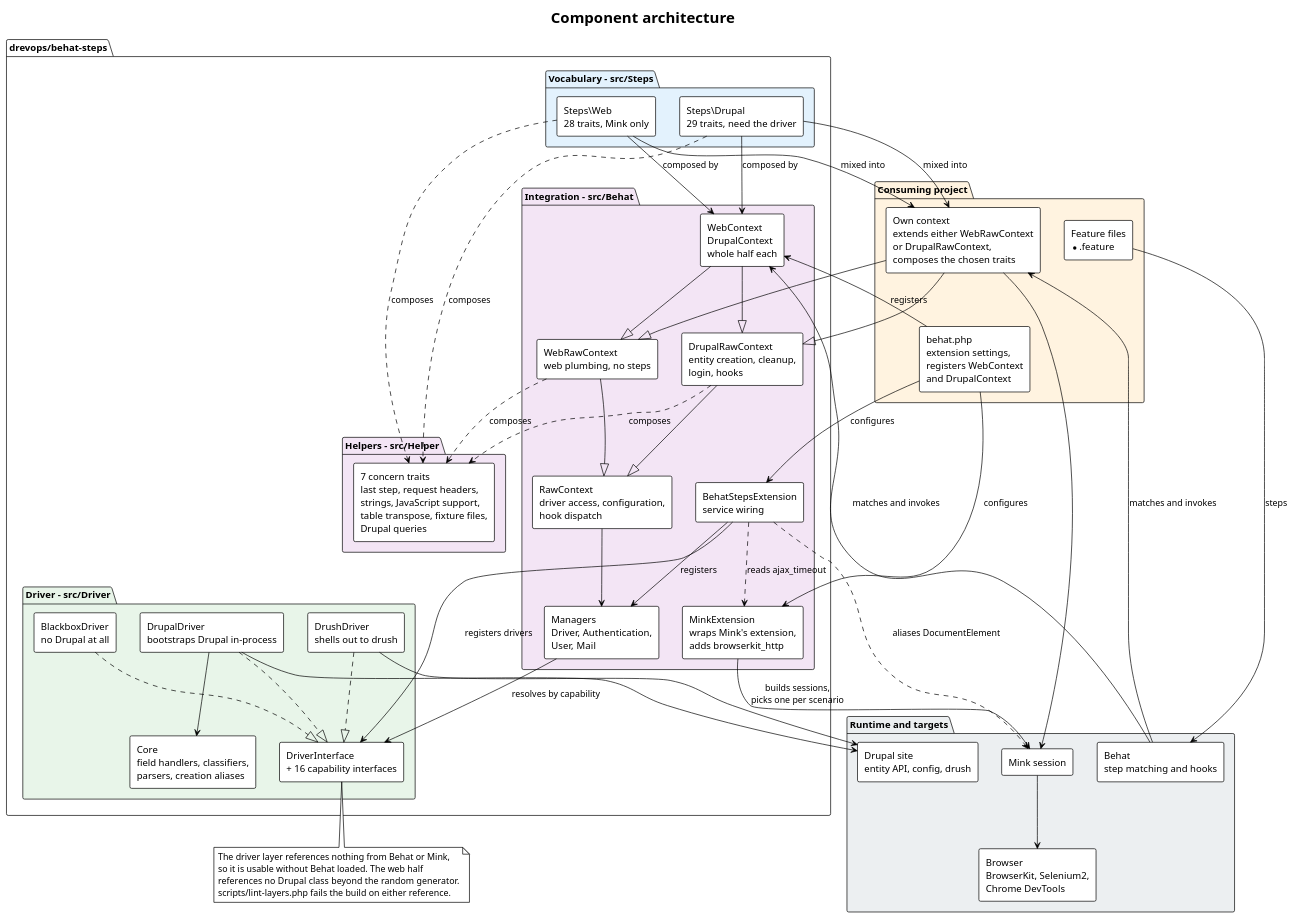
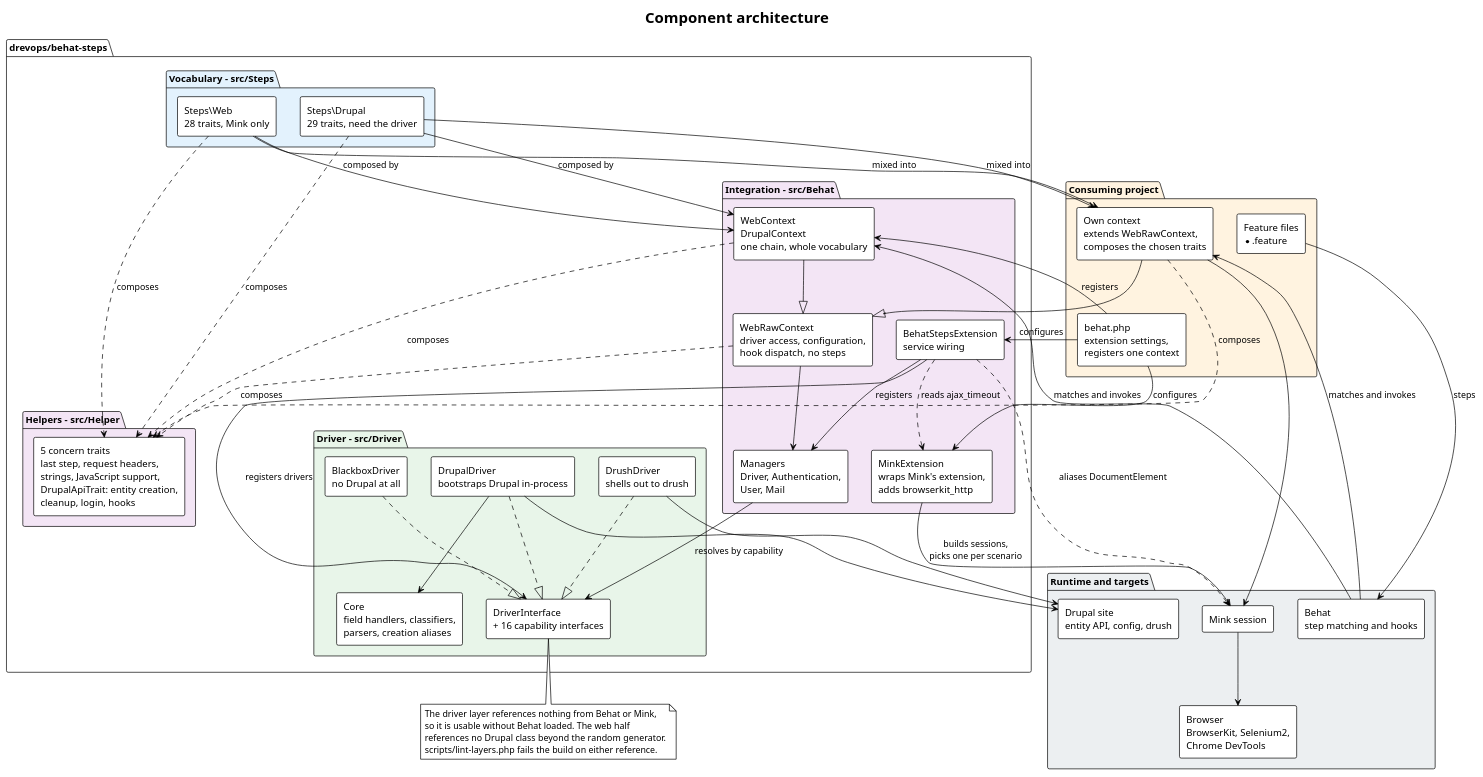
The diagram in docs/architecture/architecture.puml (drevops/behat-steps), drawn with PlantUML before and after one commit. The commit also changed 155 other files, not shown here.

First line of the commit message:
[#836] Replaced the split context siblings with one three-tier chain.

```diff
--- a/docs/architecture/architecture.puml
+++ b/docs/architecture/architecture.puml
@@ -1,108 +1,102 @@
 @startuml
 ' drevops/behat-steps - layered component architecture.
 ' Traced from composer.json, src/Steps/, src/Helper/, src/Behat/, src/Driver/,
 ' behat.php, scripts/lint-layers.php.
 ' Regenerate every SVG with:  plantuml -tsvg docs/architecture/*.puml
 !theme plain
 skinparam backgroundColor white
 skinparam defaultFontName Helvetica
 skinparam shadowing false
 skinparam componentStyle rectangle
 title Component architecture
 
 package "Consuming project" #FFF3E0 {
   component "Feature files\n*.feature" as Features
-  component "behat.php\nextension settings,\nregisters WebContext\nand DrupalContext" as Config
-  component "Own context\nextends either WebRawContext\nor DrupalRawContext,\ncomposes the chosen traits" as Consumer
+  component "behat.php\nextension settings,\nregisters one context" as Config
+  component "Own context\nextends WebRawContext,\ncomposes the chosen traits" as Consumer
 }
 
 package "drevops/behat-steps" {
 
   package "Vocabulary - src/Steps" #E3F2FD {
     component "Steps\\Web\n28 traits, Mink only" as WebSteps
     component "Steps\\Drupal\n29 traits, need the driver" as DrupalSteps
   }
 
   package "Helpers - src/Helper" #F3E5F5 {
-    component "7 concern traits\nlast step, request headers,\nstrings, JavaScript support,\ntable transpose, fixture files,\nDrupal queries" as Helpers
+    component "5 concern traits\nlast step, request headers,\nstrings, JavaScript support,\nDrupalApiTrait: entity creation,\ncleanup, login, hooks" as Helpers
   }
 
   package "Integration - src/Behat" #F3E5F5 {
     component "BehatStepsExtension\nservice wiring" as Ext
-    component "RawContext\ndriver access, configuration,\nhook dispatch" as RawCtx
-    component "WebRawContext\nweb plumbing, no steps" as WebRawCtx
-    component "DrupalRawContext\nentity creation, cleanup,\nlogin, hooks" as DrupalRawCtx
-    component "WebContext\nDrupalContext\nwhole half each" as Vocabularies
+    component "WebRawContext\ndriver access, configuration,\nhook dispatch, no steps" as WebRawCtx
+    component "WebContext\nDrupalContext\none chain, whole vocabulary" as Vocabularies
     component "Managers\nDriver, Authentication,\nUser, Mail" as Managers
     component "MinkExtension\nwraps Mink's extension,\nadds browserkit_http" as MinkExt
   }
 
   package "Driver - src/Driver" #E8F5E9 {
     component "DriverInterface\n+ 16 capability interfaces" as DriverIface
     component "DrupalDriver\nbootstraps Drupal in-process" as DrupalDrv
     component "DrushDriver\nshells out to drush" as DrushDrv
     component "BlackboxDriver\nno Drupal at all" as BlackboxDrv
     component "Core\nfield handlers, classifiers,\nparsers, creation aliases" as Core
   }
 }
 
 package "Runtime and targets" #ECEFF1 {
   component "Behat\nstep matching and hooks" as Behat
   component "Mink session" as Mink
   component "Browser\nBrowserKit, Selenium2,\nChrome DevTools" as Browser
   component "Drupal site\nentity API, config, drush" as Site
 }
 
 Features --> Behat : steps
 Config --> Ext : configures
 Config --> MinkExt : configures
 Config --> Vocabularies : registers
 Behat --> Consumer : matches and invokes
 Behat --> Vocabularies : matches and invokes
 
 WebSteps --> Vocabularies : composed by
 DrupalSteps --> Vocabularies : composed by
 WebSteps --> Consumer : mixed into
 DrupalSteps --> Consumer : mixed into
 WebSteps ..> Helpers : composes
 DrupalSteps ..> Helpers : composes
 WebRawCtx ..> Helpers : composes
-DrupalRawCtx ..> Helpers : composes
+Vocabularies ..> Helpers : composes
+Consumer ..> Helpers : composes
 
 Consumer --|> WebRawCtx
-Consumer --|> DrupalRawCtx
-WebRawCtx --|> RawCtx
-DrupalRawCtx --|> RawCtx
 Vocabularies --|> WebRawCtx
-Vocabularies --|> DrupalRawCtx
 Ext --> Managers : registers
 Ext --> DriverIface : registers drivers
 Ext ..> MinkExt : reads ajax_timeout
 Ext ..> Mink : aliases DocumentElement
-RawCtx --> Managers
+WebRawCtx --> Managers
 
 Managers --> DriverIface : resolves by capability
 DrupalDrv ..|> DriverIface
 DrushDrv ..|> DriverIface
 BlackboxDrv ..|> DriverIface
 DrupalDrv --> Core
 
 MinkExt --> Mink : builds sessions,\npicks one per scenario
 Consumer --> Mink
 Mink --> Browser
 DrupalDrv --> Site
 DrushDrv --> Site
 
 note bottom of DriverIface
   The driver layer references nothing from Behat or Mink,
   so it is usable without Behat loaded. The web half
   references no Drupal class beyond the random generator.
   scripts/lint-layers.php fails the build on either reference.
 end note
 
 Features -[hidden]down- Config
 WebSteps -[hidden]right- DrupalSteps
-WebRawCtx -[hidden]right- DrupalRawCtx
 DrupalDrv -[hidden]right- DrushDrv
 DrushDrv -[hidden]right- BlackboxDrv
 @enduml
```
